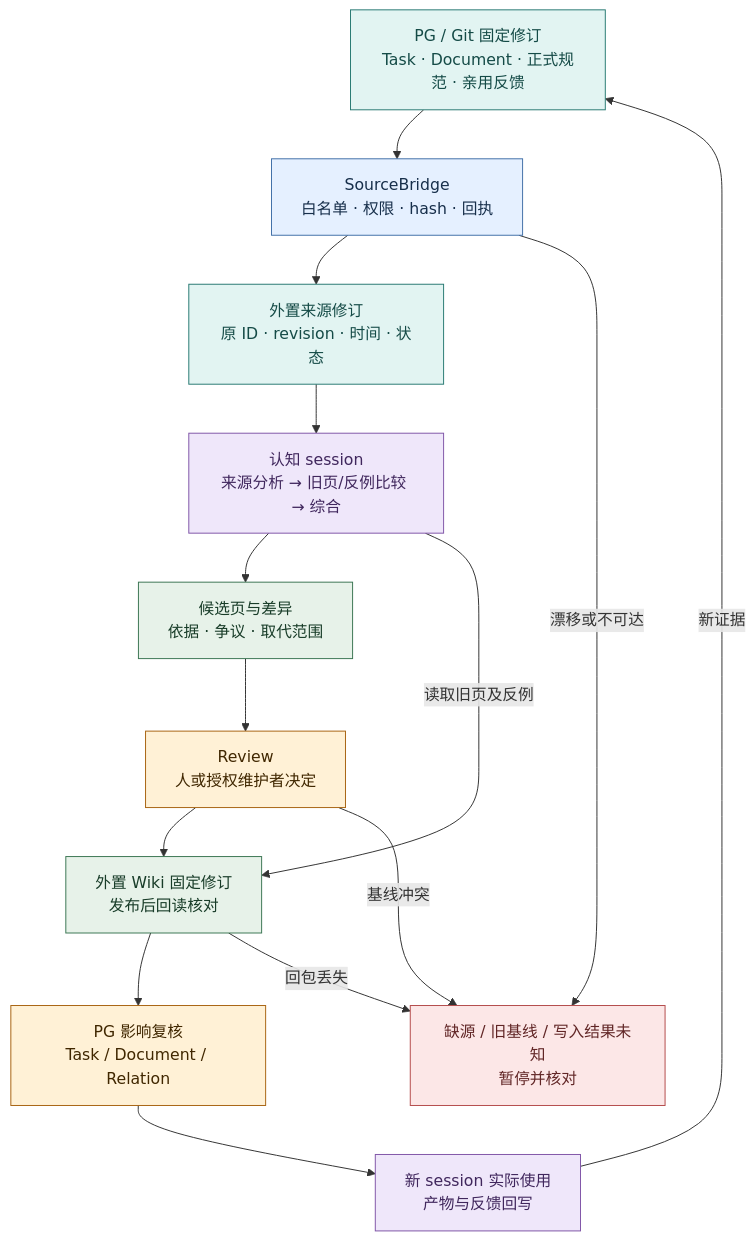
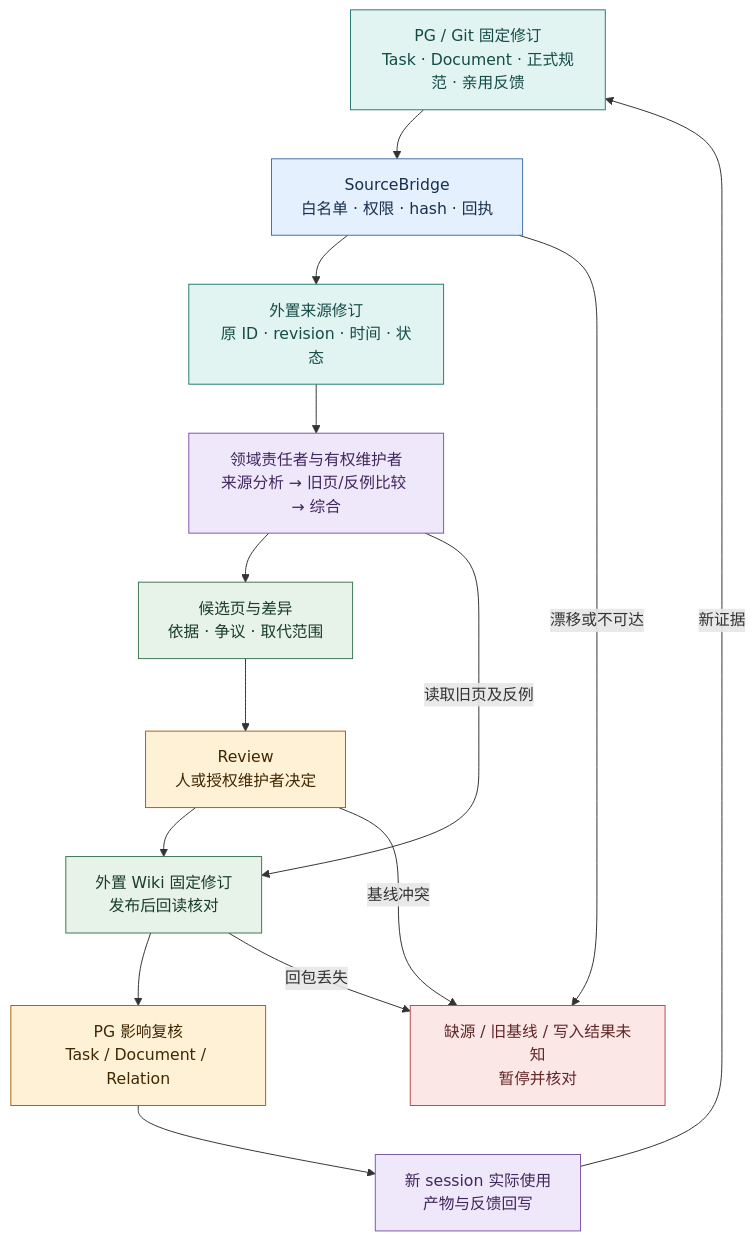
Before and after one commit to cyl19970726/evoLoop: the diagram in docs/architecture/wiki-maintenance.md, drawn with Mermaid. The commit also changed other lines of this file and 27 other files, not shown here.

````diff
--- a/docs/architecture/wiki-maintenance.md
+++ b/docs/architecture/wiki-maintenance.md
@@ -15,25 +15,25 @@
 ```mermaid
 flowchart TB
   P["PG / Git 固定修订<br/>Task · Document · 正式规范 · 亲用反馈"]:::source
   B["SourceBridge<br/>白名单 · 权限 · hash · 回执"]:::bridge
   S["外置来源修订<br/>原 ID · revision · 时间 · 状态"]:::source
-  A["认知 session<br/>来源分析 → 旧页/反例比较 → 综合"]:::agent
+  A["领域责任者与有权维护者<br/>来源分析 → 旧页/反例比较 → 综合"]:::agent
   C["候选页与差异<br/>依据 · 争议 · 取代范围"]:::knowledge
   R["Review<br/>人或授权维护者决定"]:::review
   K["外置 Wiki 固定修订<br/>发布后回读核对"]:::knowledge
   I["PG 影响复核<br/>Task / Document / Relation"]:::review
   U["新 session 实际使用<br/>产物与反馈回写"]:::agent
   X["缺源 / 旧基线 / 写入结果未知<br/>暂停并核对"]:::risk
   P --> B --> S --> A --> C --> R --> K --> I --> U
   A -->|读取旧页及反例| K
   U -->|新证据| P
   B -->|漂移或不可达| X
   R -->|基线冲突| X
   K -->|回包丢失| X
   classDef source fill:#E2F4F2,stroke:#297A73,color:#154B47
   classDef bridge fill:#E5F0FF,stroke:#4270A8,color:#172F4B
   classDef agent fill:#EFE7FA,stroke:#8056A8,color:#40275D
   classDef knowledge fill:#E7F2E9,stroke:#3C7654,color:#183C28
   classDef review fill:#FFF1D6,stroke:#A86412,color:#402700
   classDef risk fill:#FCE7E7,stroke:#B44B4B,color:#612626
 ```
````
